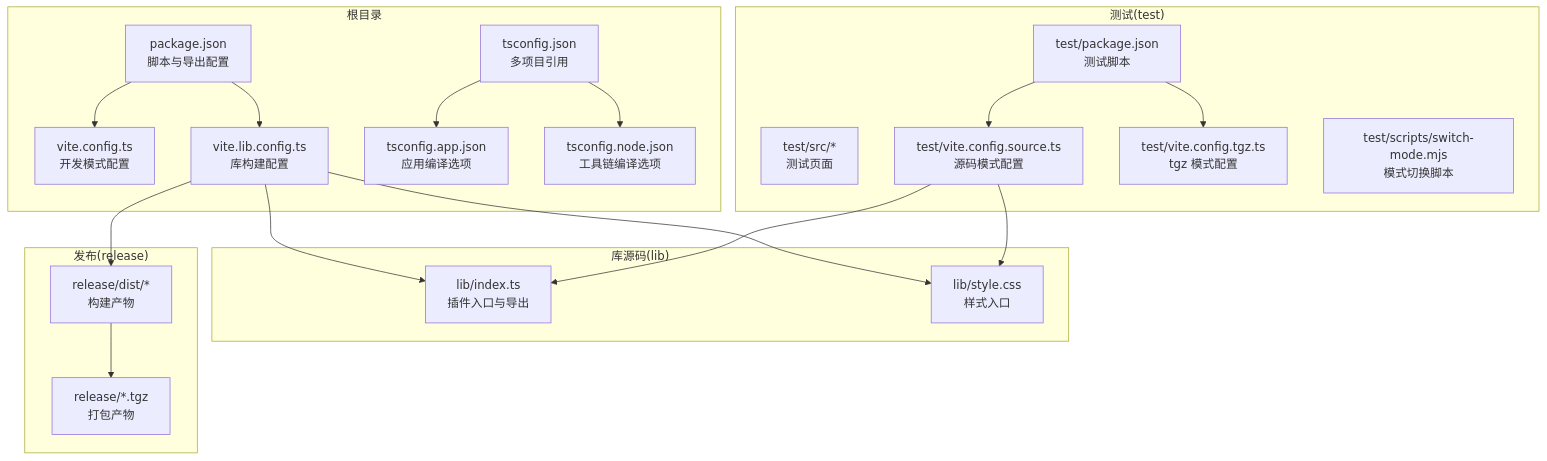
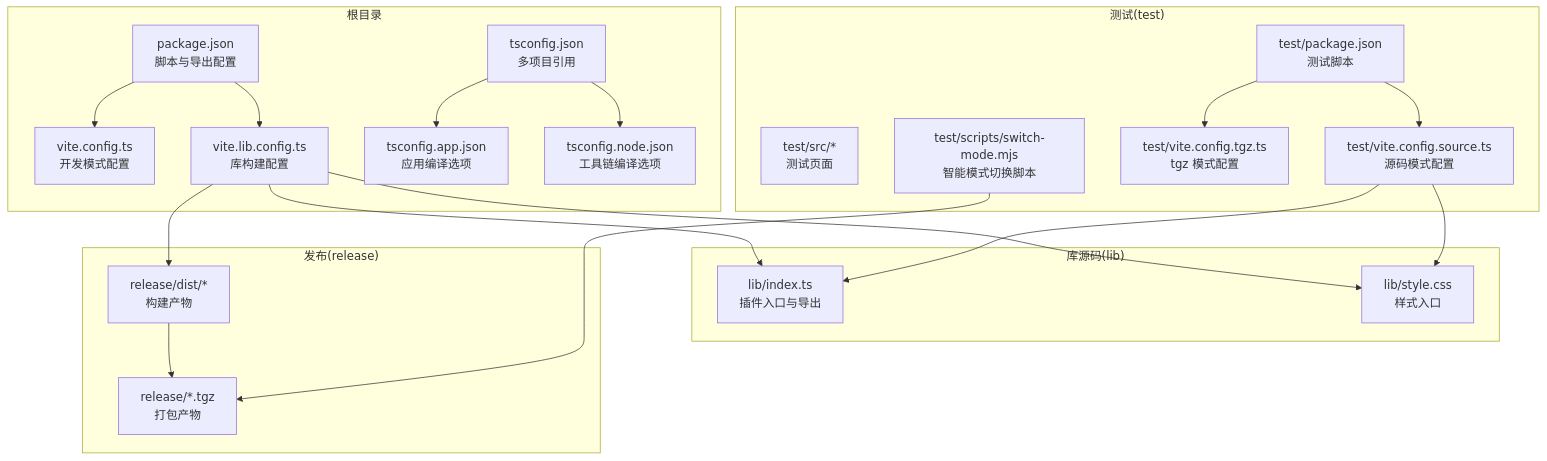
One commit to Easemob-Community/easemob-uikit-callkit-vue3 changed the first of 3 diagrams in .qoder/repowiki/zh/content/开发指南/构建流程.md. Above: the diagram before and after it, drawn with Mermaid. The commit also changed other lines of this file and 40 other files, not shown here.

````diff
--- a/.qoder/repowiki/zh/content/开发指南/构建流程.md
+++ b/.qoder/repowiki/zh/content/开发指南/构建流程.md
@@ -54,38 +64,39 @@
 ```mermaid
 graph TB
 subgraph "根目录"
 Pkg["package.json<br/>脚本与导出配置"]
 ViteDev["vite.config.ts<br/>开发模式配置"]
 ViteLib["vite.lib.config.ts<br/>库构建配置"]
 TSRoot["tsconfig.json<br/>多项目引用"]
 TSApp["tsconfig.app.json<br/>应用编译选项"]
 TSNode["tsconfig.node.json<br/>工具链编译选项"]
 end
 subgraph "库源码(lib)"
 LibIndex["lib/index.ts<br/>插件入口与导出"]
 LibCSS["lib/style.css<br/>样式入口"]
 end
 subgraph "测试(test)"
 TestPkg["test/package.json<br/>测试脚本"]
 TestSrc["test/src/*<br/>测试页面"]
 TestViteSrc["test/vite.config.source.ts<br/>源码模式配置"]
 TestViteTgz["test/vite.config.tgz.ts<br/>tgz 模式配置"]
-Switch["test/scripts/switch-mode.mjs<br/>模式切换脚本"]
+Switch["test/scripts/switch-mode.mjs<br/>智能模式切换脚本"]
 end
 subgraph "发布(release)"
 Dist["release/dist/*<br/>构建产物"]
 Tgz["release/*.tgz<br/>打包产物"]
 end
 Pkg --> ViteDev
 Pkg --> ViteLib
 TSRoot --> TSApp
 TSRoot --> TSNode
 ViteLib --> LibIndex
 ViteLib --> LibCSS
 TestPkg --> TestViteSrc
 TestPkg --> TestViteTgz
 TestViteSrc --> LibIndex
 TestViteSrc --> LibCSS
 ViteLib --> Dist
 Dist --> Tgz
+Switch --> Tgz
 ```
````
